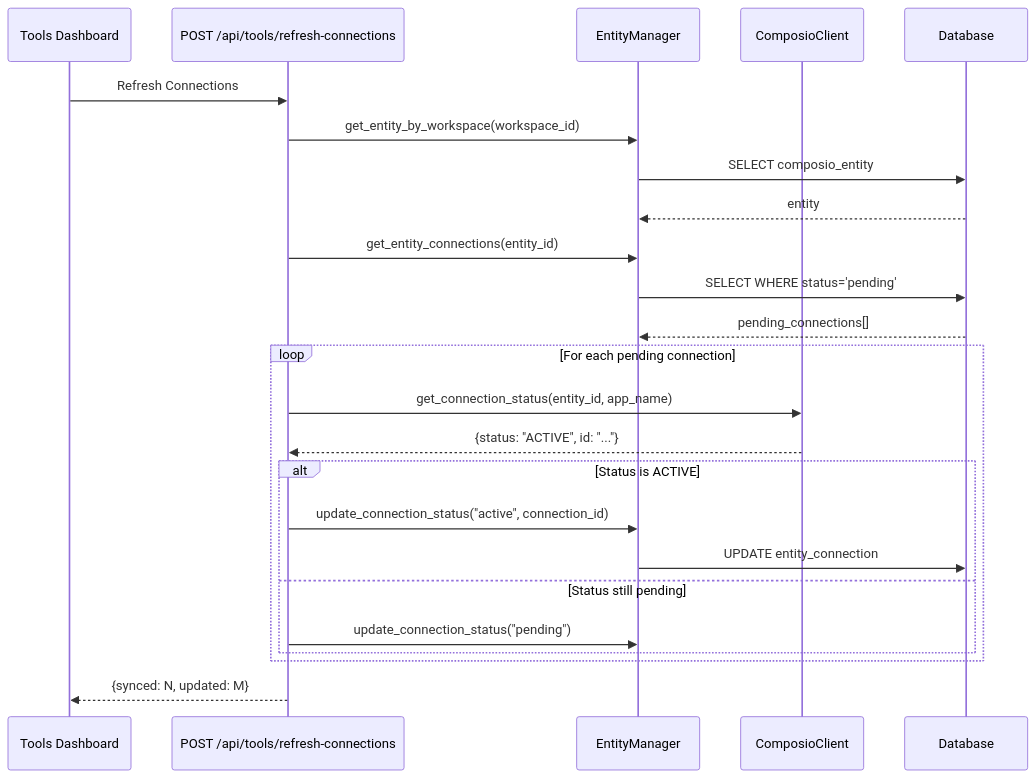
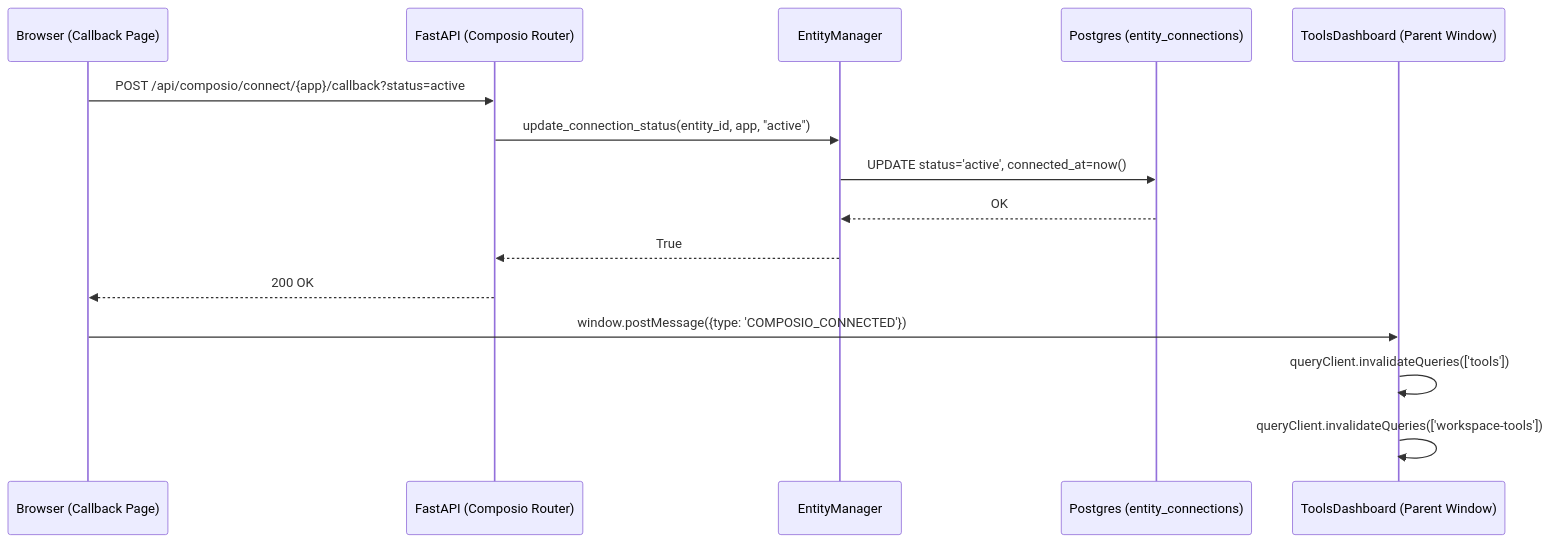
One commit to AutomatosAI/automatos-ai changed the second of 2 diagrams in docs/tools-integrations/connecting-apps.md. Above: the diagram before and after it, drawn with Mermaid. The commit also changed other lines of this file and 149 other files, not shown here.

Commit message:
docs: refresh documentation with graphify semantic scan

````diff
--- a/docs/tools-integrations/connecting-apps.md
+++ b/docs/tools-integrations/connecting-apps.md
@@ -455,31 +219,18 @@
 ```mermaid
 sequenceDiagram
-    participant UI as Tools Dashboard
-    participant API as POST /api/tools/refresh-connections
+    participant B as Browser (Callback Page)
+    participant API as FastAPI (Composio Router)
     participant EM as EntityManager
-    participant Client as ComposioClient
-    participant DB as Database
-    
-    UI->>API: Refresh Connections
-    API->>EM: get_entity_by_workspace(workspace_id)
-    EM->>DB: SELECT composio_entity
-    DB-->>EM: entity
-    
-    API->>EM: get_entity_connections(entity_id)
-    EM->>DB: SELECT WHERE status='pending'
-    DB-->>EM: pending_connections[]
-    
-    loop For each pending connection
-        API->>Client: get_connection_status(entity_id, app_name)
-        Client-->>API: {status: "ACTIVE", id: "..."}
-        
-        alt Status is ACTIVE
-            API->>EM: update_connection_status("active", connection_id)
-            EM->>DB: UPDATE entity_connection
-        else Status still pending
-            API->>EM: update_connection_status("pending")
-        end
-    end
-    
-    API-->>UI: {synced: N, updated: M}
+    participant DB as Postgres (entity_connections)
+    participant UI as ToolsDashboard (Parent Window)
+
+    B->>API: POST /api/composio/connect/{app}/callback?status=active
+    API->>EM: update_connection_status(entity_id, app, "active")
+    EM->>DB: UPDATE status='active', connected_at=now()
+    DB-->>EM: OK
+    EM-->>API: True
+    API-->>B: 200 OK
+    B->>UI: window.postMessage({type: 'COMPOSIO_CONNECTED'})
+    UI->>UI: queryClient.invalidateQueries(['tools'])
+    UI->>UI: queryClient.invalidateQueries(['workspace-tools'])
 ```
````
